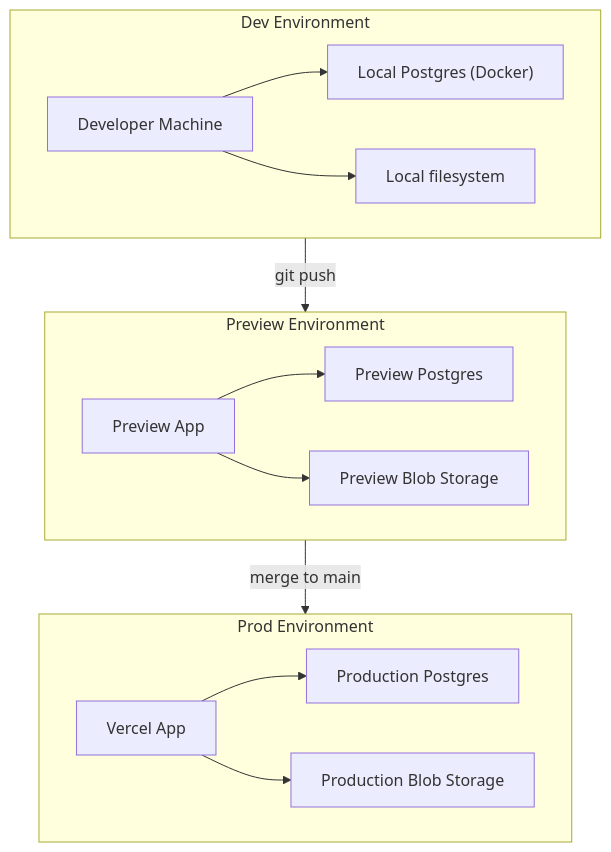
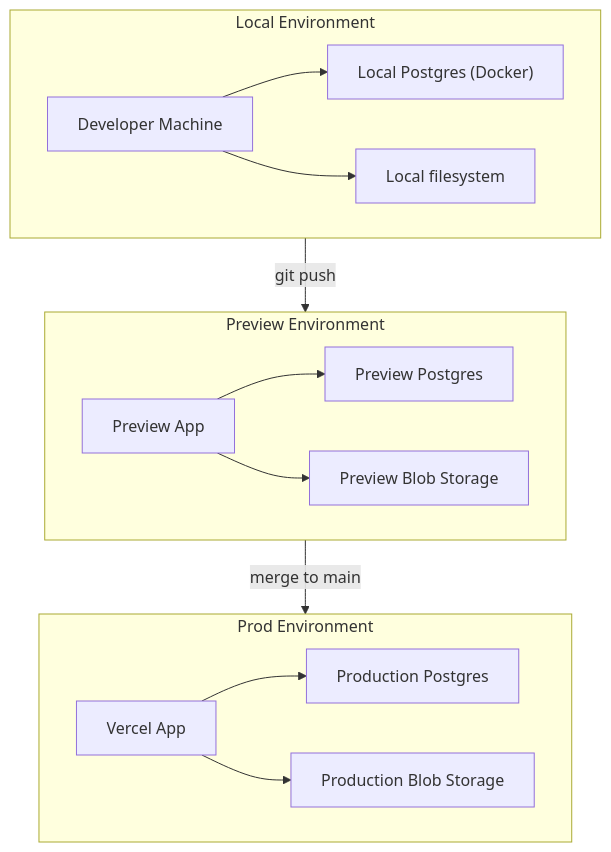
Before and after one commit to limlabs/blog-deploy-example: the diagram in README.md, drawn with Mermaid. The commit also changed other lines of this file and 8 other files, not shown here.

````diff
--- a/README.md
+++ b/README.md
@@ -21,21 +21,21 @@
 ```mermaid
 flowchart TD
 
   subgraph ProdEnvironment[Prod Environment]
     D[Vercel App] --> E[Production Postgres]
     D --> F[Production Blob Storage]
   end
 
   subgraph PreviewEnvironment[Preview Environment]
     G[Preview App] --> H[Preview Postgres]
     G --> I[Preview Blob Storage]
   end
 
-  subgraph DevEnvironment[Dev Environment]
+  subgraph LocalEnvironment[Local Environment]
     A[Developer Machine] --> B["Local Postgres (Docker)"]
     A --> C[Local filesystem]
   end
 
-  DevEnvironment -- git push --> PreviewEnvironment
+  LocalEnvironment -- git push --> PreviewEnvironment
   PreviewEnvironment -- merge to main --> ProdEnvironment
 ```
````
